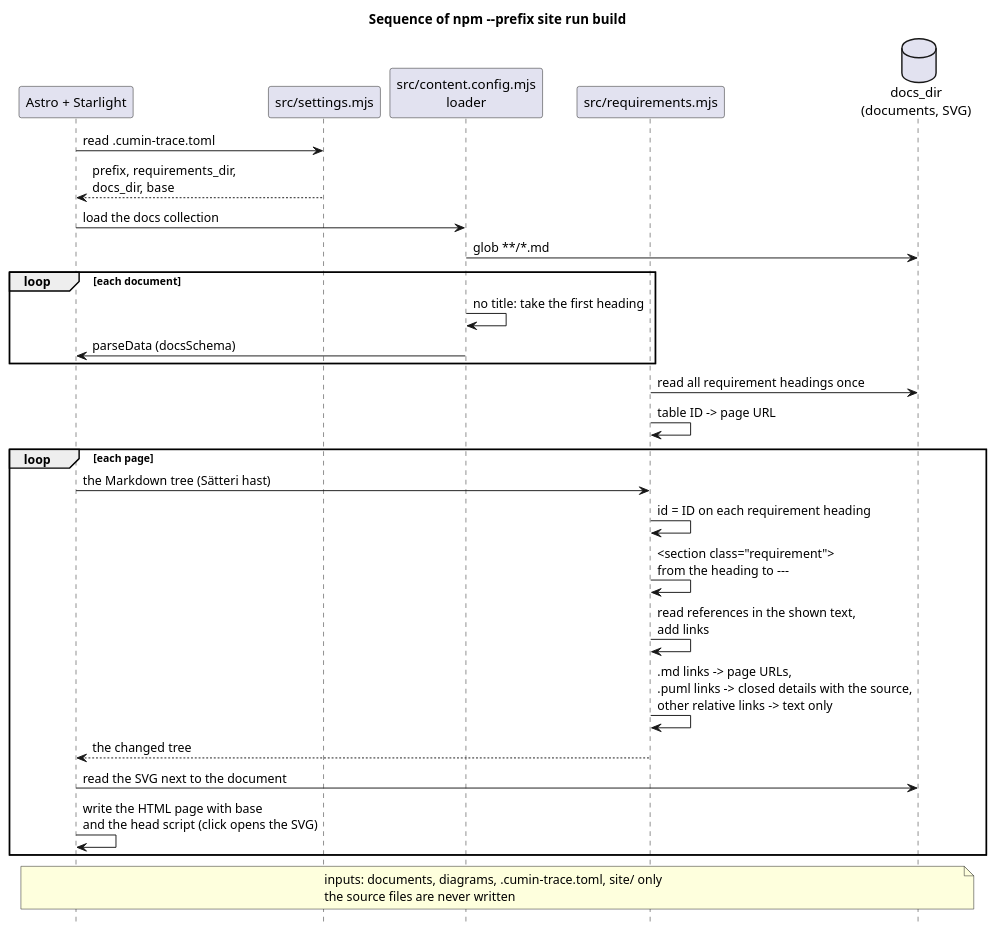
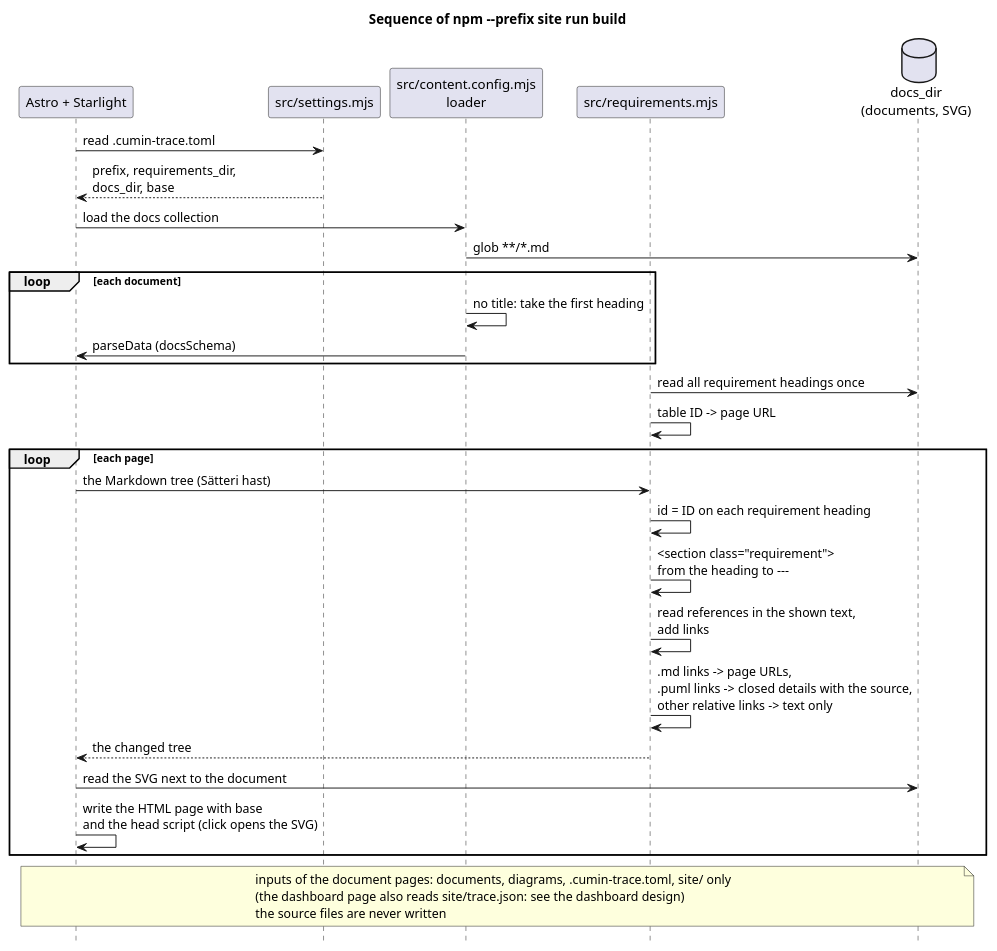
One commit to cloveclovedev/cumin-trace changed the diagram in docs/ja/designs/site/site-sequence.puml. Above: the diagram before and after it, drawn with PlantUML. The commit also changed 14 other files, not shown here.

First line of the commit message:
docs(designs): design the dashboard page and its input from the trace (#156)

```diff
--- a/docs/ja/designs/site/site-sequence.puml
+++ b/docs/ja/designs/site/site-sequence.puml
@@ -1,37 +1,38 @@
 @startuml site-sequence
 title Sequence of npm --prefix site run build
 skinparam shadowing false
 hide footbox
 
 participant "Astro + Starlight" as astro
 participant "src/settings.mjs" as settings
 participant "src/content.config.mjs\nloader" as loader
 participant "src/requirements.mjs" as remark
 database "docs_dir\n(documents, SVG)" as docs
 
 astro -> settings : read .cumin-trace.toml
 settings --> astro : prefix, requirements_dir,\ndocs_dir, base
 astro -> loader : load the docs collection
 loader -> docs : glob **/*.md
 loop each document
   loader -> loader : no title: take the first heading
   loader -> astro : parseData (docsSchema)
 end
 remark -> docs : read all requirement headings once
 remark -> remark : table ID -> page URL
 loop each page
   astro -> remark : the Markdown tree (Sätteri hast)
   remark -> remark : id = ID on each requirement heading
   remark -> remark : <section class="requirement">\nfrom the heading to ---
   remark -> remark : read references in the shown text,\nadd links
   remark -> remark : .md links -> page URLs,\n.puml links -> closed details with the source,\nother relative links -> text only
   remark --> astro : the changed tree
   astro -> docs : read the SVG next to the document
   astro -> astro : write the HTML page with base\nand the head script (click opens the SVG)
 end
 
 note over astro, docs
-  inputs: documents, diagrams, .cumin-trace.toml, site/ only
+  inputs of the document pages: documents, diagrams, .cumin-trace.toml, site/ only
+  (the dashboard page also reads site/trace.json: see the dashboard design)
   the source files are never written
 end note
 @enduml
```
